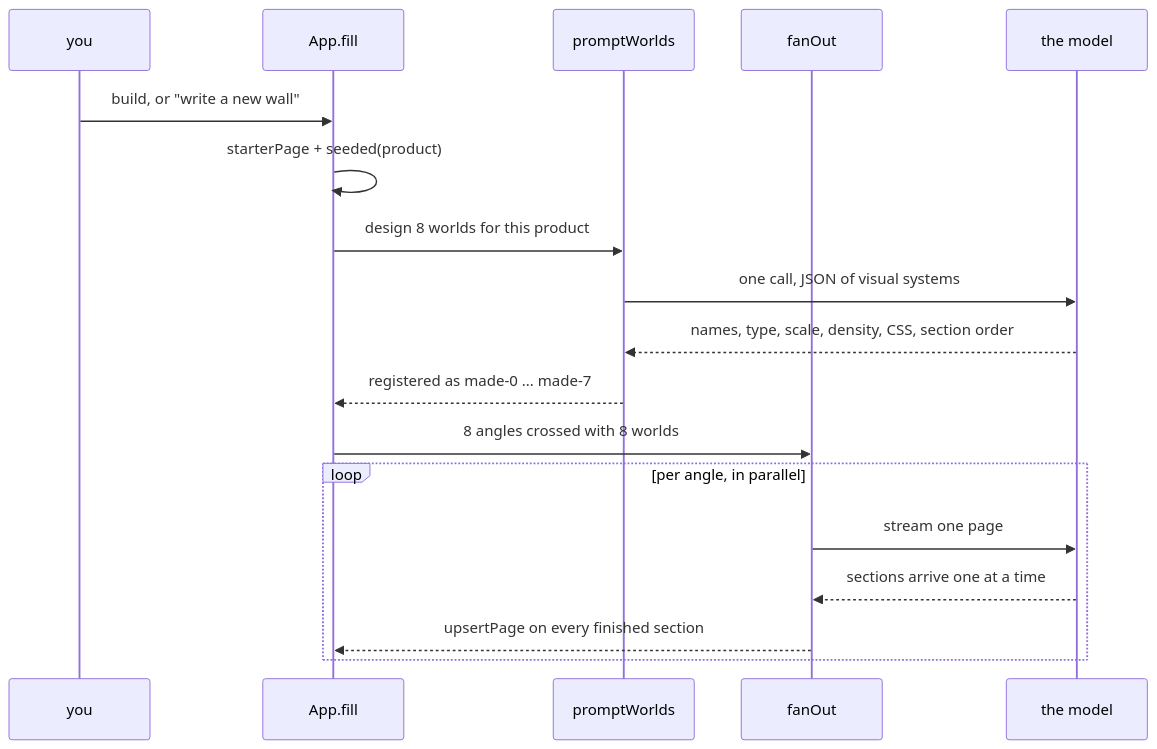
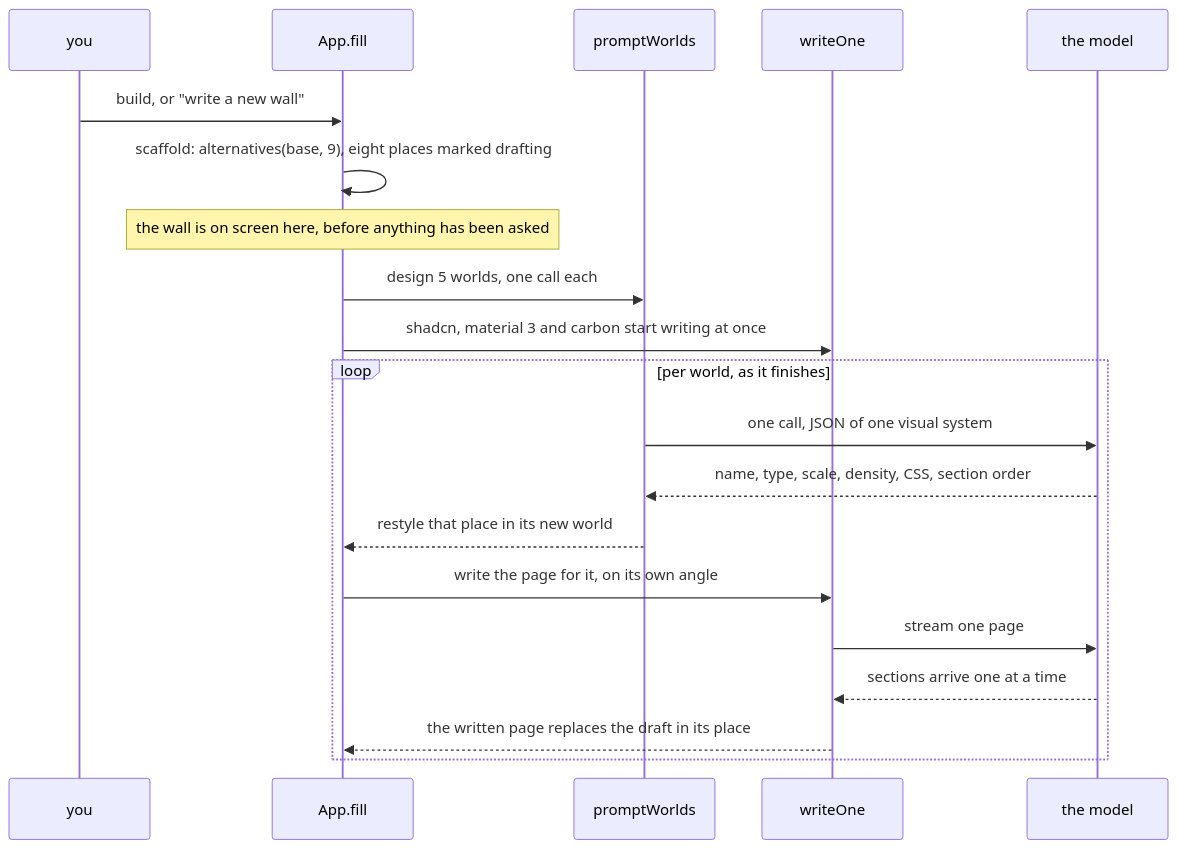
One commit to AminKhorramii/Motioneer changed the second of 3 diagrams in docs/flows.md. Above: the diagram before and after it, drawn with Mermaid. The commit also changed other lines of this file and 1 other file, not shown here.

First line of the commit message:
The flow Wall exists for had no section in the document that claims every path

````diff
--- a/docs/flows.md
+++ b/docs/flows.md
@@ -48,20 +48,22 @@
 ```mermaid
 sequenceDiagram
   participant U as you
   participant A as App.fill
   participant W as promptWorlds
-  participant F as fanOut
+  participant P as writeOne
   participant M as the model
   U->>A: build, or "write a new wall"
-  A->>A: starterPage + seeded(product)
-  A->>W: design 8 worlds for this product
-  W->>M: one call, JSON of visual systems
-  M-->>W: names, type, scale, density, CSS, section order
-  W-->>A: registered as made-0 ... made-7
-  A->>F: 8 angles crossed with 8 worlds
-  loop per angle, in parallel
-    F->>M: stream one page
-    M-->>F: sections arrive one at a time
-    F-->>A: upsertPage on every finished section
+  A->>A: scaffold: alternatives(base, 9), eight places marked drafting
+  Note over A: the wall is on screen here, before anything has been asked
+  A->>W: design 5 worlds, one call each
+  A->>P: shadcn, material 3 and carbon start writing at once
+  loop per world, as it finishes
+    W->>M: one call, JSON of one visual system
+    M-->>W: name, type, scale, density, CSS, section order
+    W-->>A: restyle that place in its new world
+    A->>P: write the page for it, on its own angle
+    P->>M: stream one page
+    M-->>P: sections arrive one at a time
+    P-->>A: the written page replaces the draft in its place
   end
 ```
````
